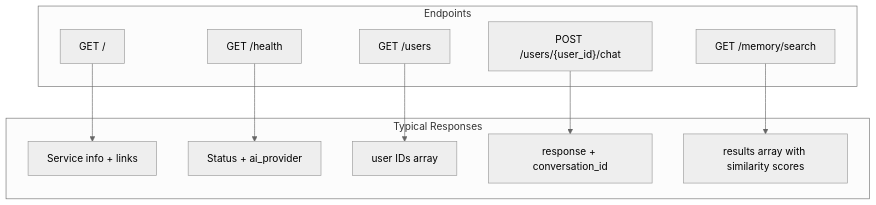
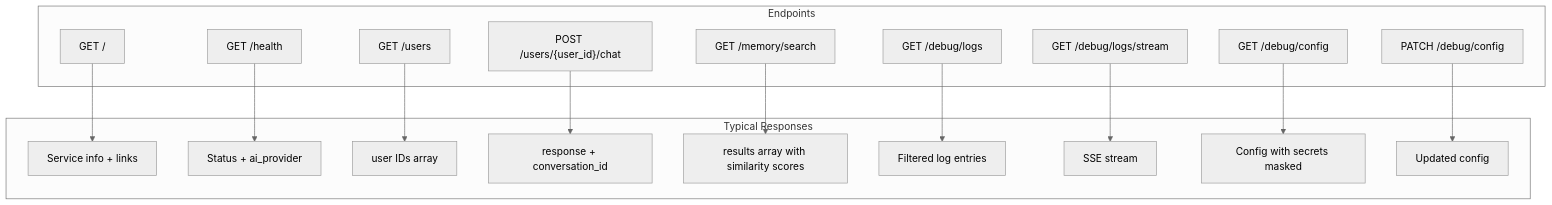
Before and after one commit to StevenGann/Gregory: the first of 2 diagrams in docs/API.md, drawn with Mermaid (neutral theme). The commit also changed other lines of this file and 16 other files, not shown here.

````diff
--- a/docs/API.md
+++ b/docs/API.md
@@ -12,18 +12,26 @@
 ```mermaid
 flowchart TB
     subgraph endpoints [Endpoints]
         Root["GET /"]
         Health["GET /health"]
         Users["GET /users"]
         Chat["POST /users/{user_id}/chat"]
         MemSearch["GET /memory/search"]
+        DebugLogs["GET /debug/logs"]
+        DebugStream["GET /debug/logs/stream"]
+        DebugConfigGet["GET /debug/config"]
+        DebugConfigPatch["PATCH /debug/config"]
     end
 
     subgraph responses [Typical Responses]
         Root --> RootResp[Service info + links]
         Health --> HealthResp[Status + ai_provider]
         Users --> UsersResp[user IDs array]
         Chat --> ChatResp[response + conversation_id]
         MemSearch --> MemResp[results array with similarity scores]
+        DebugLogs --> DebugLogsResp[Filtered log entries]
+        DebugStream --> DebugStreamResp[SSE stream]
+        DebugConfigGet --> DebugConfigResp[Config with secrets masked]
+        DebugConfigPatch --> DebugConfigWrite[Updated config]
     end
 ```
````
